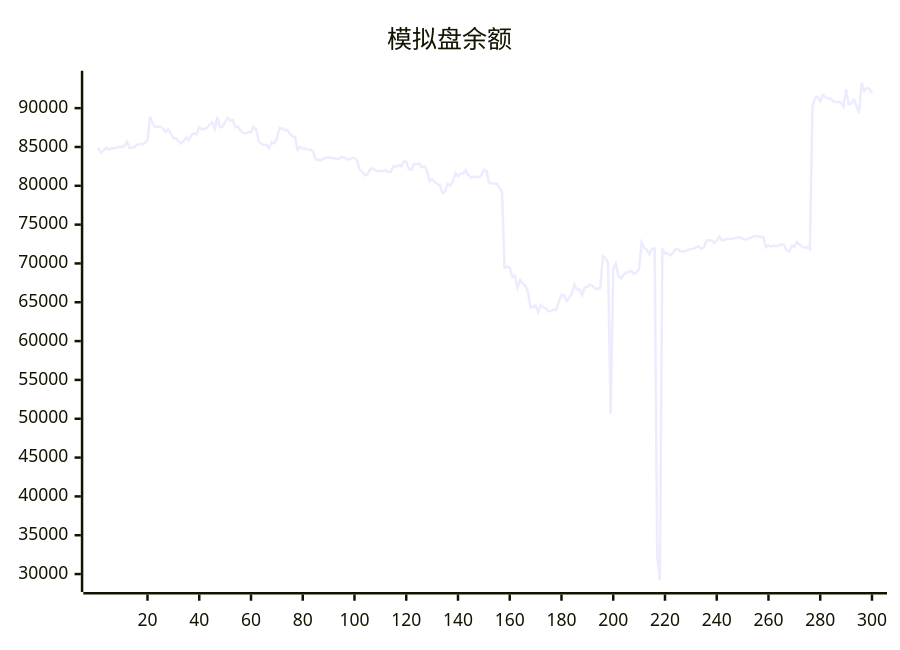
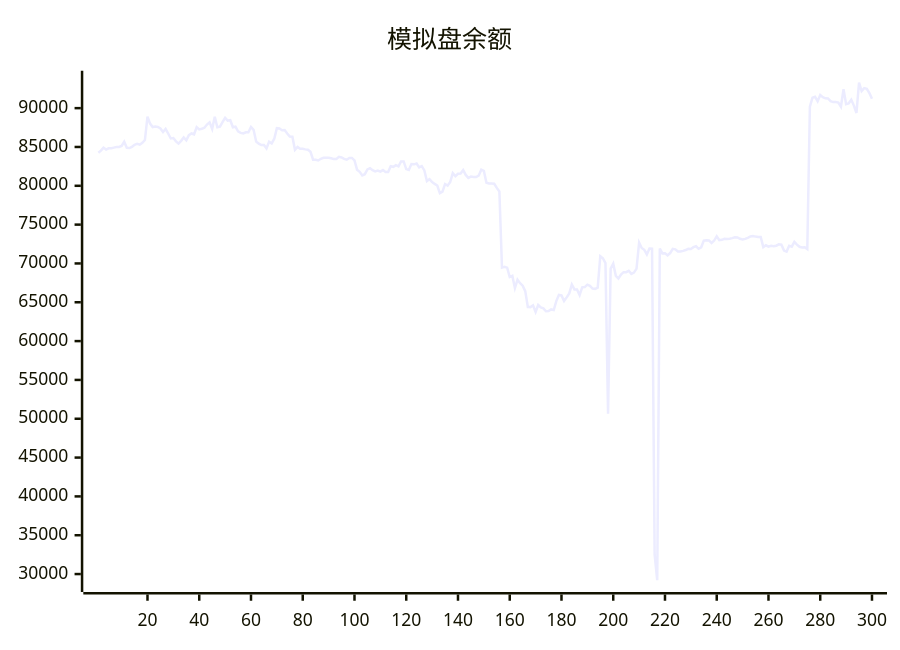
The diagram in README.md (aahl/ai-trading), drawn with Mermaid before and after one commit. The commit also changed other lines of this file and 1 other file, not shown here.

````diff
--- a/README.md
+++ b/README.md
@@ -5,5 +5,5 @@
 ```mermaid
 xychart
     title "模拟盘余额"
-    line [84917,84265,84527,84919,84668,84834,84850,84916,84981,85004,85131,85674,84891,84864,85019,85284,85393,85294,85538,85894,88904,88012,87567,87625,87568,87386,86920,87313,86737,86094,86143,85725,85437,85787,86219,85859,86526,86740,86630,87563,87264,87335,87483,87886,88180,87335,88894,87544,87608,88207,88755,88401,88444,87543,87608,87000,86810,86740,86894,86884,87576,87209,85686,85435,85251,85255,84820,85689,85453,86066,87420,87373,87161,87178,86740,86341,86315,84643,85012,84772,84768,84690,84635,84376,83360,83357,83259,83474,83608,83606,83602,83548,83440,83454,83724,83644,83464,83365,83590,83592,83275,82072,81806,81344,81492,82109,82254,82006,81848,81955,81829,82022,81769,81776,82522,82441,82656,82498,83144,83144,82150,82038,82797,82763,82872,82367,82536,81981,80612,80862,80484,80242,80034,79063,79245,80226,80016,80507,81625,81233,81544,81578,82016,81401,81019,81186,81130,81118,81306,82066,81909,80392,80304,80291,80258,79729,79261,69466,69579,69456,68251,68415,66832,67911,67462,67144,66432,64380,64375,64606,63740,64647,64324,64216,63842,63877,64078,64008,65156,65945,65888,65157,65625,66144,67284,66653,66639,65924,66925,66956,67263,67108,66766,66729,66886,70927,70673,70049,50652,69334,69973,68400,68061,68578,68876,68879,69055,68662,68822,69329,72687,71999,71760,71162,71911,71896,32500,29218,71927,71297,71305,71044,71337,71883,71822,71536,71536,71622,71723,71880,71860,72100,72216,71887,72077,72940,72976,72966,72638,72948,73497,73004,73041,73173,73160,73186,73258,73375,73351,73173,73098,73161,73305,73474,73536,73457,73413,73412,72100,72333,72164,72272,72204,72285,72461,72421,71652,71521,72267,72157,72774,72424,72144,72060,72091,71858,90185,91338,91466,90900,91678,91404,91268,91244,90903,90779,90787,90721,90187,92429,90518,90619,91070,90328,89376,93286,92202,92581,92485,91947]
+    line [84265,84527,84919,84668,84834,84850,84916,84981,85004,85131,85674,84891,84864,85019,85284,85393,85294,85538,85894,88904,88012,87567,87625,87568,87386,86920,87313,86737,86094,86143,85725,85437,85787,86219,85859,86526,86740,86630,87563,87264,87335,87483,87886,88180,87335,88894,87544,87608,88207,88755,88401,88444,87543,87608,87000,86810,86740,86894,86884,87576,87209,85686,85435,85251,85255,84820,85689,85453,86066,87420,87373,87161,87178,86740,86341,86315,84643,85012,84772,84768,84690,84635,84376,83360,83357,83259,83474,83608,83606,83602,83548,83440,83454,83724,83644,83464,83365,83590,83592,83275,82072,81806,81344,81492,82109,82254,82006,81848,81955,81829,82022,81769,81776,82522,82441,82656,82498,83144,83144,82150,82038,82797,82763,82872,82367,82536,81981,80612,80862,80484,80242,80034,79063,79245,80226,80016,80507,81625,81233,81544,81578,82016,81401,81019,81186,81130,81118,81306,82066,81909,80392,80304,80291,80258,79729,79261,69466,69579,69456,68251,68415,66832,67911,67462,67144,66432,64380,64375,64606,63740,64647,64324,64216,63842,63877,64078,64008,65156,65945,65888,65157,65625,66144,67284,66653,66639,65924,66925,66956,67263,67108,66766,66729,66886,70927,70673,70049,50652,69334,69973,68400,68061,68578,68876,68879,69055,68662,68822,69329,72687,71999,71760,71162,71911,71896,32500,29218,71927,71297,71305,71044,71337,71883,71822,71536,71536,71622,71723,71880,71860,72100,72216,71887,72077,72940,72976,72966,72638,72948,73497,73004,73041,73173,73160,73186,73258,73375,73351,73173,73098,73161,73305,73474,73536,73457,73413,73412,72100,72333,72164,72272,72204,72285,72461,72421,71652,71521,72267,72157,72774,72424,72144,72060,72091,71858,90185,91338,91466,90900,91678,91404,91268,91244,90903,90779,90787,90721,90187,92429,90518,90619,91070,90328,89376,93286,92202,92581,92485,91947,91196]
 ```
````
